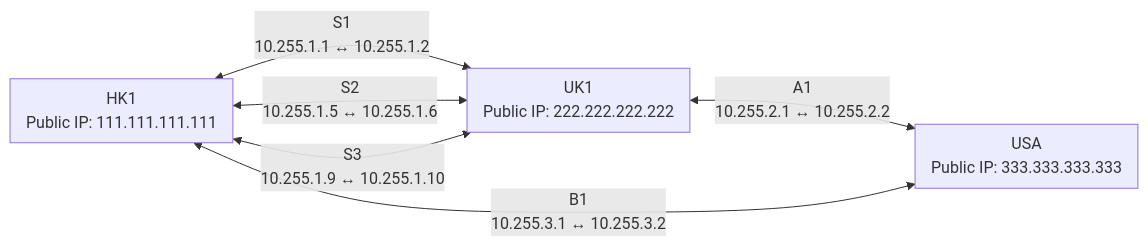
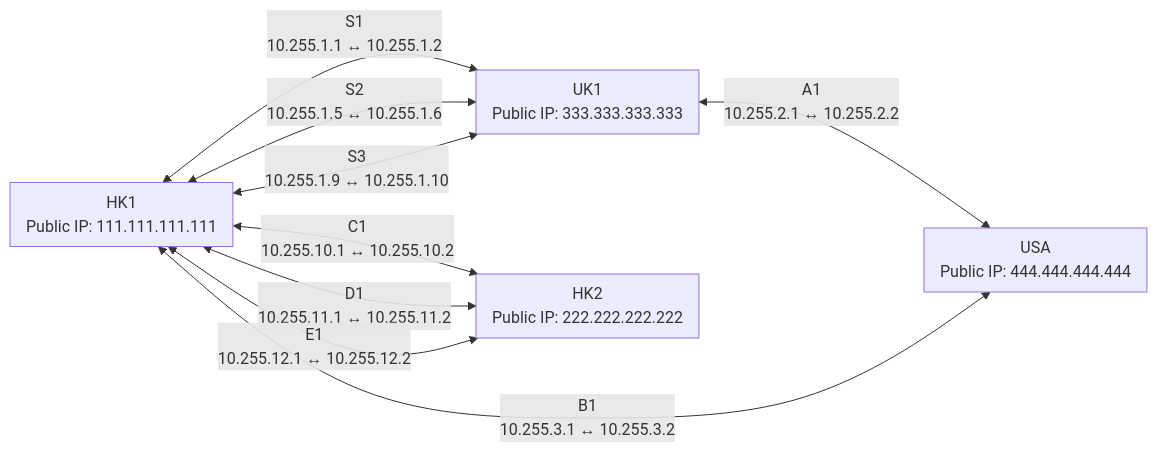
One commit to strwbrrysam/strwbrrysam-homelab-journey changed the diagram in projects/wireguard-mesh/configs/wireguard/6-network-map.md. Above: the diagram before and after it, drawn with Mermaid.

````diff
--- a/projects/wireguard-mesh/configs/wireguard/6-network-map.md
+++ b/projects/wireguard-mesh/configs/wireguard/6-network-map.md
@@ -1,19 +1,37 @@
 ```mermaid
 flowchart LR
 
+    %% --- SITE BOXES ---
     subgraph HK1["HK1<br/>Public IP: 111.111.111.111"]
     end
 
-    subgraph UK1["UK1<br/>Public IP: 222.222.222.222"]
+    subgraph HK2["HK2<br/>Public IP: 222.222.222.222"]
     end
 
-    subgraph USA["USA<br/>Public IP: 333.333.333.333"]
+    subgraph UK1["UK1<br/>Public IP: 333.333.333.333"]
     end
 
+    subgraph USA["USA<br/>Public IP: 444.444.444.444"]
+    end
+
+
+    %% --- HK1 <-> UK1 (S Links) ---
     HK1 <--> |"S1<br/>10.255.1.1 ↔ 10.255.1.2"| UK1
     HK1 <--> |"S2<br/>10.255.1.5 ↔ 10.255.1.6"| UK1
     HK1 <--> |"S3<br/>10.255.1.9 ↔ 10.255.1.10"| UK1
 
+
+    %% --- UK1 <-> USA (A Link) ---
     UK1 <--> |"A1<br/>10.255.2.1 ↔ 10.255.2.2"| USA
+
+
+    %% --- HK1 <-> USA (B Link) ---
     HK1 <--> |"B1<br/>10.255.3.1 ↔ 10.255.3.2"| USA
+
+
+    %% --- HK1 <-> HK2 (Planned C/D/E Links) ---
+    HK1 <--> |"C1<br/>10.255.10.1 ↔ 10.255.10.2"| HK2
+    HK1 <--> |"D1<br/>10.255.11.1 ↔ 10.255.11.2"| HK2
+    HK1 <--> |"E1<br/>10.255.12.1 ↔ 10.255.12.2"| HK2
+
 ```
````
